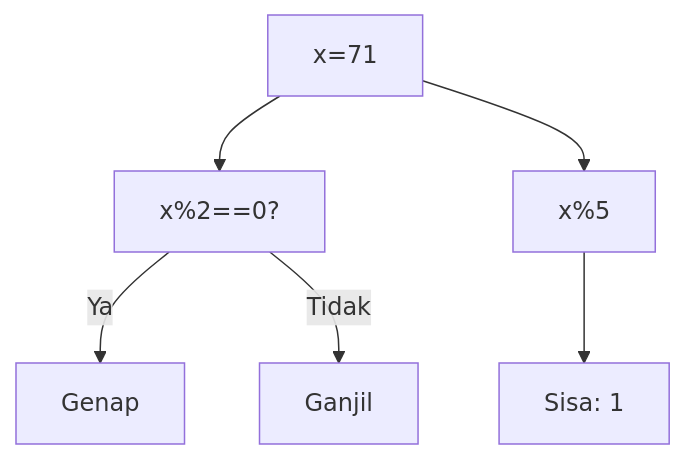
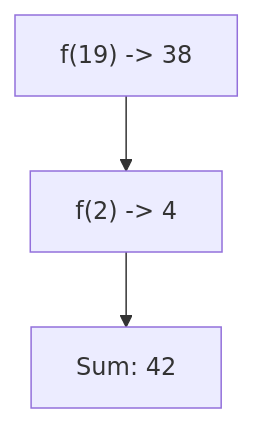
One commit to amnahwaida/OSNK_INF_PREP changed diagram 20 of 25 in part-c-pemahaman-cpp/04-fungsi/latihan/set-03.md. Above: the diagram before and after it, drawn with Mermaid. The commit also changed other lines of this file and 71 other files, not shown here.

````diff
--- a/part-c-pemahaman-cpp/04-fungsi/latihan/set-03.md
+++ b/part-c-pemahaman-cpp/04-fungsi/latihan/set-03.md
@@ -612,8 +525,5 @@
 ```mermaid
 graph TD
-A["x=71"] --> B["x%2==0?"]
-B -- Ya --> C["Genap"]
-B -- Tidak --> D["Ganjil"]
-A --> E["x%5"]
-E --> F["Sisa: 1"]
+A["f(19) -> 38"] --> B["f(2) -> 4"]
+B --> C["Sum: 42"]
 ```
````
